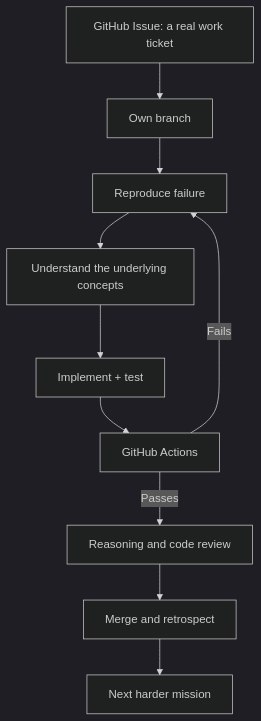
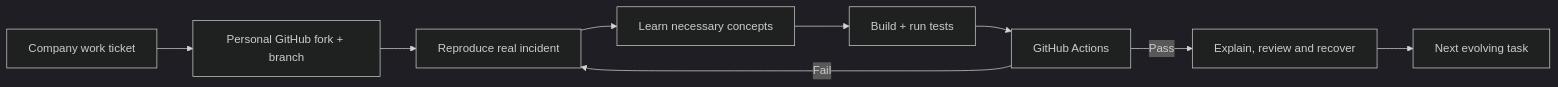
The diagram in README.md (Elghouali/engineering-apprenticeship), drawn with Mermaid (dark theme) before and after one commit. The commit also changed other lines of this file and 5 other files, not shown here.

Commit message:
test(public): align mission workflow, fork onboarding and CI with multi-track learner safety

```diff
--- a/README.md
+++ b/README.md
@@ -30,12 +13,11 @@
 ~~~mermaid
-flowchart TD
- ISSUE[GitHub Issue: a real work ticket] --> BRANCH[Own branch]
- BRANCH --> BUG[Reproduce failure]
- BUG --> CONCEPT[Understand the underlying concepts]
- CONCEPT --> FIX[Implement + test]
- FIX --> CI[GitHub Actions]
- CI -->|Fails| BUG
- CI -->|Passes| REVIEW[Reasoning and code review]
- REVIEW --> MERGE[Merge and retrospect]
- MERGE --> NEXT[Next harder mission]
+flowchart LR
+  I[Company work ticket] --> F[Personal GitHub fork + branch]
+  F --> B[Reproduce real incident]
+  B --> L[Learn necessary concepts]
+  L --> C[Build + run tests]
+  C --> CI[GitHub Actions]
+  CI -->|Fail| B
+  CI -->|Pass| R[Explain, review and recover]
+  R --> N[Next evolving task]
 ~~~
```
